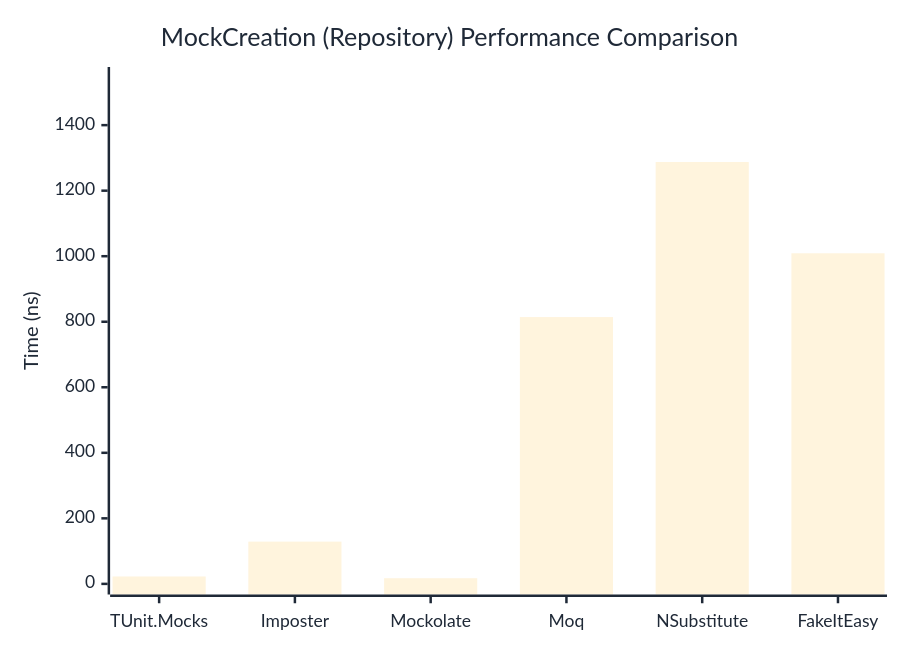
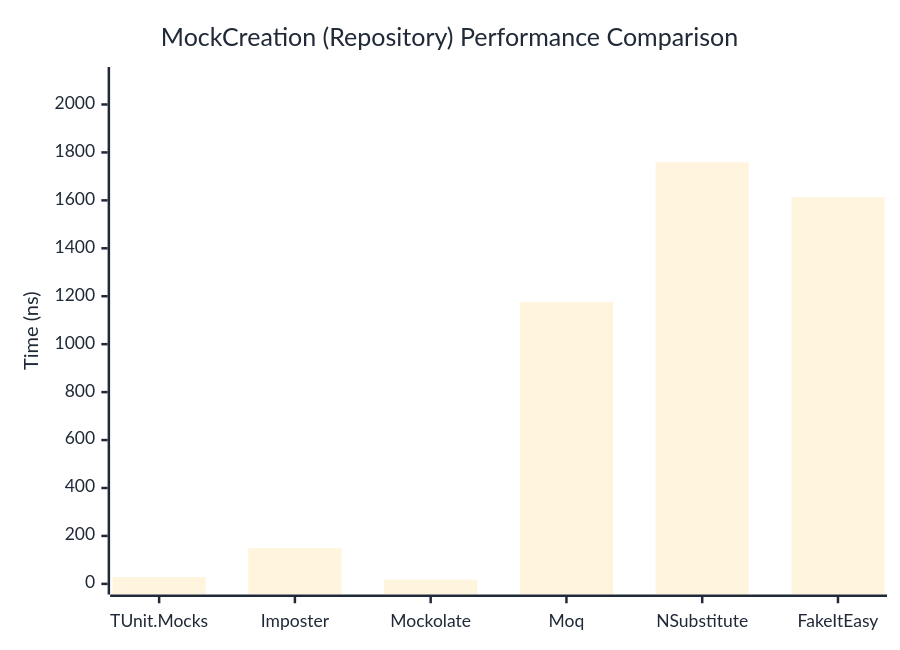
One commit to thomhurst/TUnit changed the second of 2 diagrams in docs/docs/benchmarks/mocks/MockCreation.md. Above: the diagram before and after it, drawn with Mermaid. The commit also changed other lines of this file and 14 other files, not shown here.

````diff
--- a/docs/docs/benchmarks/mocks/MockCreation.md
+++ b/docs/docs/benchmarks/mocks/MockCreation.md
@@ -71,27 +71,27 @@
 ```mermaid
 %%{init: {
   'theme':'base',
   'themeVariables': {
     'primaryColor': '#2563eb',
     'primaryTextColor': '#1f2937',
     'primaryBorderColor': '#1e40af',
     'lineColor': '#6b7280',
     'secondaryColor': '#7c3aed',
     'tertiaryColor': '#dc2626',
     'background': '#ffffff',
     'pie1': '#2563eb',
     'pie2': '#7c3aed',
     'pie3': '#dc2626',
     'pie4': '#f59e0b',
     'pie5': '#10b981',
     'pie6': '#06b6d4',
     'pie7': '#ec4899',
     'pie8': '#6366f1'
   }
 }}%%
 xychart-beta
   title "MockCreation (Repository) Performance Comparison"
   x-axis ["TUnit.Mocks", "Imposter", "Mockolate", "Moq", "NSubstitute", "FakeItEasy"]
-  y-axis "Time (ns)" 0 --> 1545
-  bar [22.56, 128.93, 17.3, 814.26, 1287.4, 1008.98]
+  y-axis "Time (ns)" 0 --> 2112
+  bar [28.72, 149.22, 17.66, 1176.27, 1759.27, 1614.03]
 ```
````
